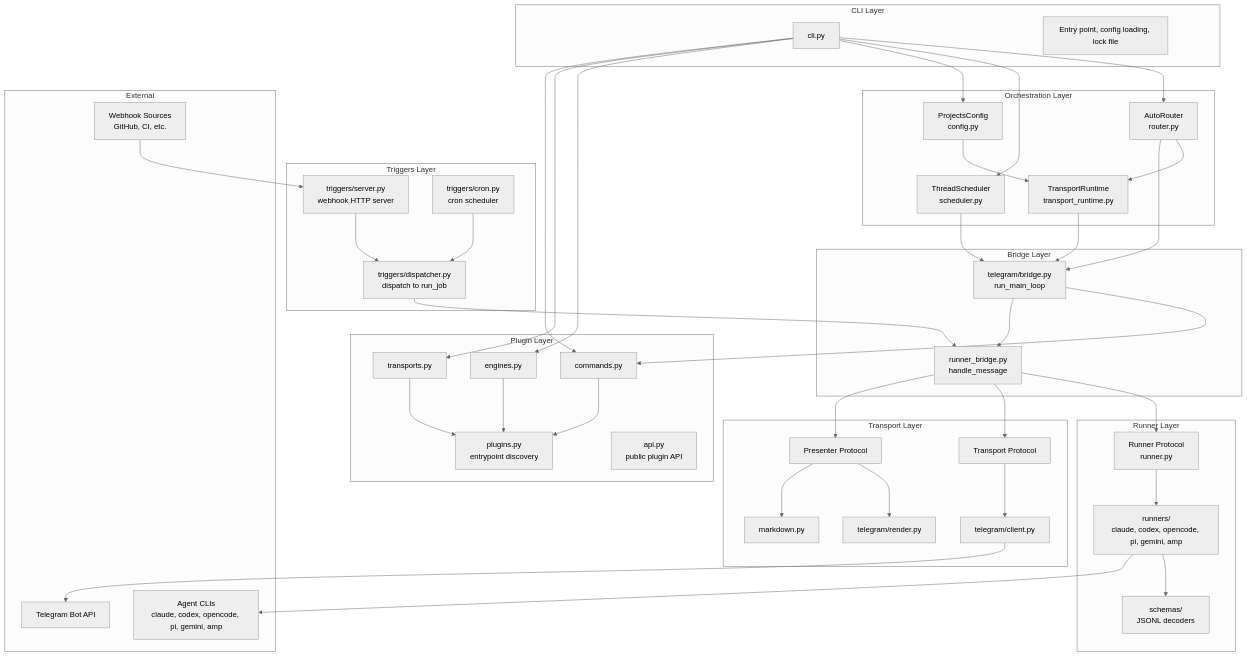
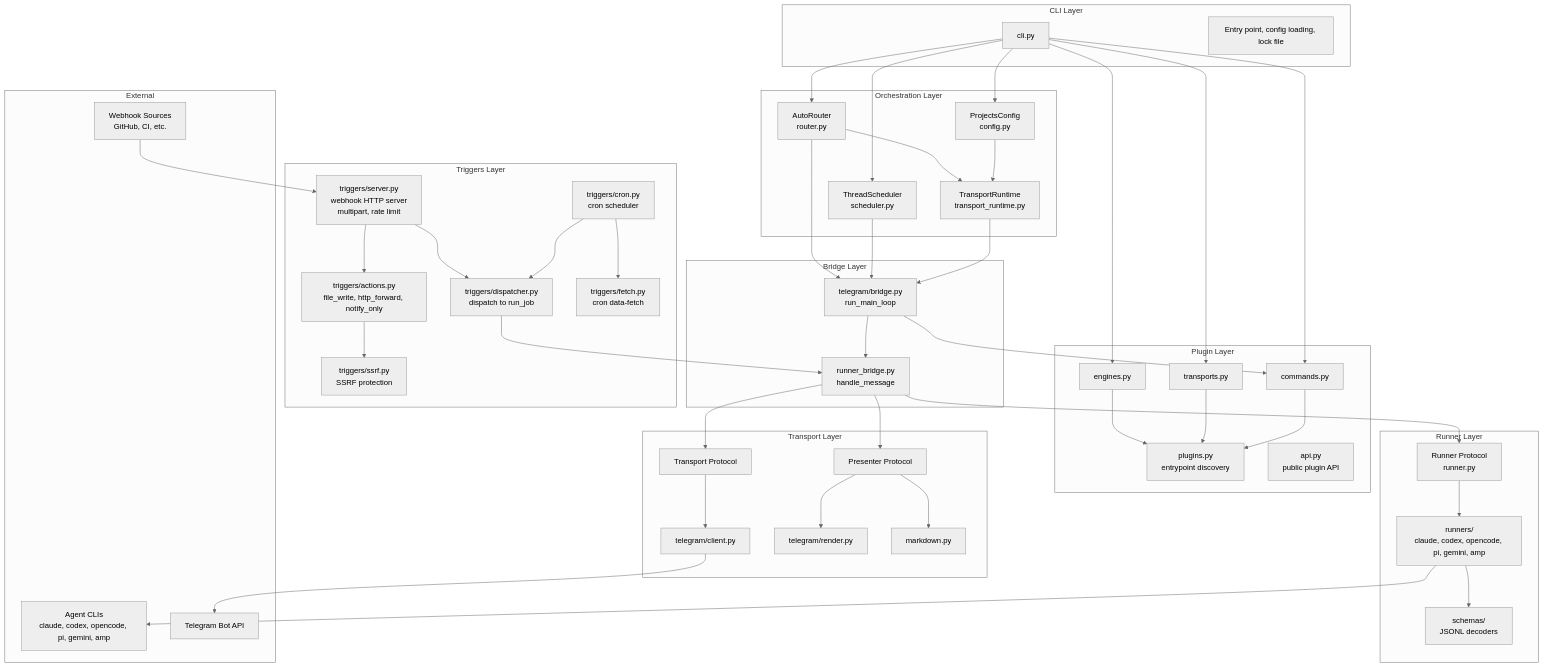
One commit to littlebearapps/untether changed the first of 8 diagrams in docs/explanation/architecture.md. Above: the diagram before and after it, drawn with Mermaid (neutral theme). The commit also changed other lines of this file and 110 other files, not shown here.

````diff
--- a/docs/explanation/architecture.md
+++ b/docs/explanation/architecture.md
@@ -44,9 +44,12 @@
     end
 
     subgraph Triggers["Triggers Layer"]
-        trigger_server[triggers/server.py<br/>webhook HTTP server]
+        trigger_server[triggers/server.py<br/>webhook HTTP server<br/>multipart, rate limit]
         trigger_cron[triggers/cron.py<br/>cron scheduler]
         trigger_dispatch[triggers/dispatcher.py<br/>dispatch to run_job]
+        trigger_actions[triggers/actions.py<br/>file_write, http_forward, notify_only]
+        trigger_fetch[triggers/fetch.py<br/>cron data-fetch]
+        trigger_ssrf[triggers/ssrf.py<br/>SSRF protection]
     end
 
     subgraph External["External"]
@@ -83,6 +86,9 @@
     tg_client --> telegram_api
     webhook_sources --> trigger_server
     trigger_server --> trigger_dispatch
+    trigger_server --> trigger_actions
     trigger_cron --> trigger_dispatch
+    trigger_cron --> trigger_fetch
     trigger_dispatch --> runner_bridge
+    trigger_actions --> trigger_ssrf
 ```
````
